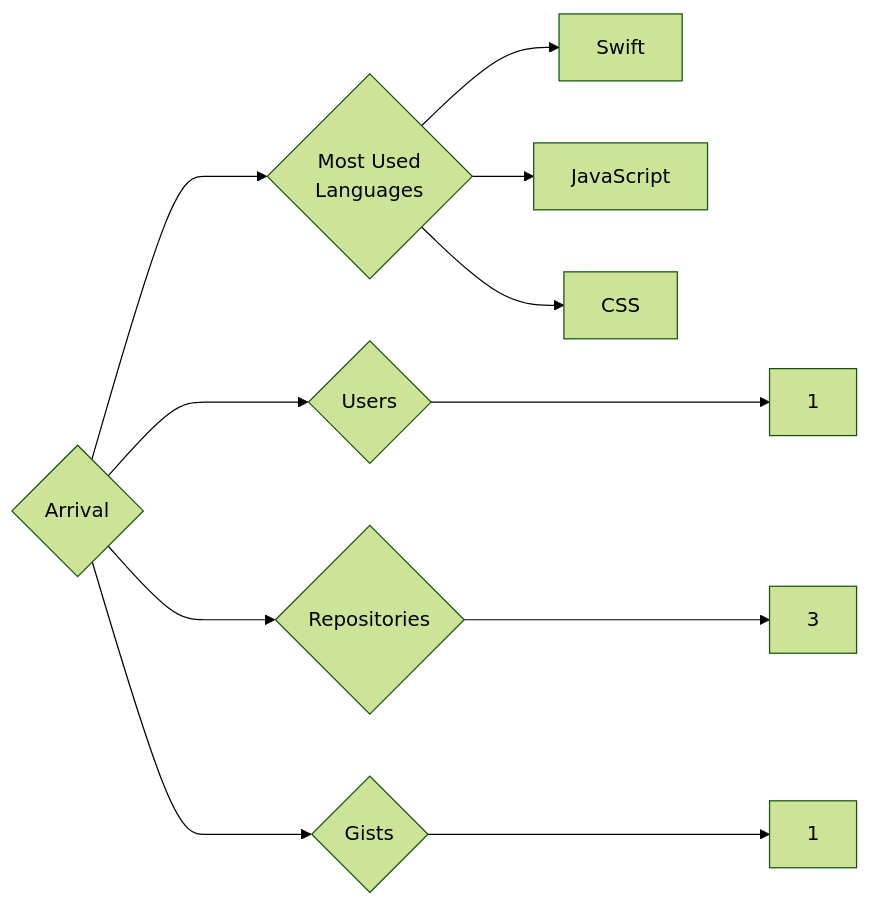
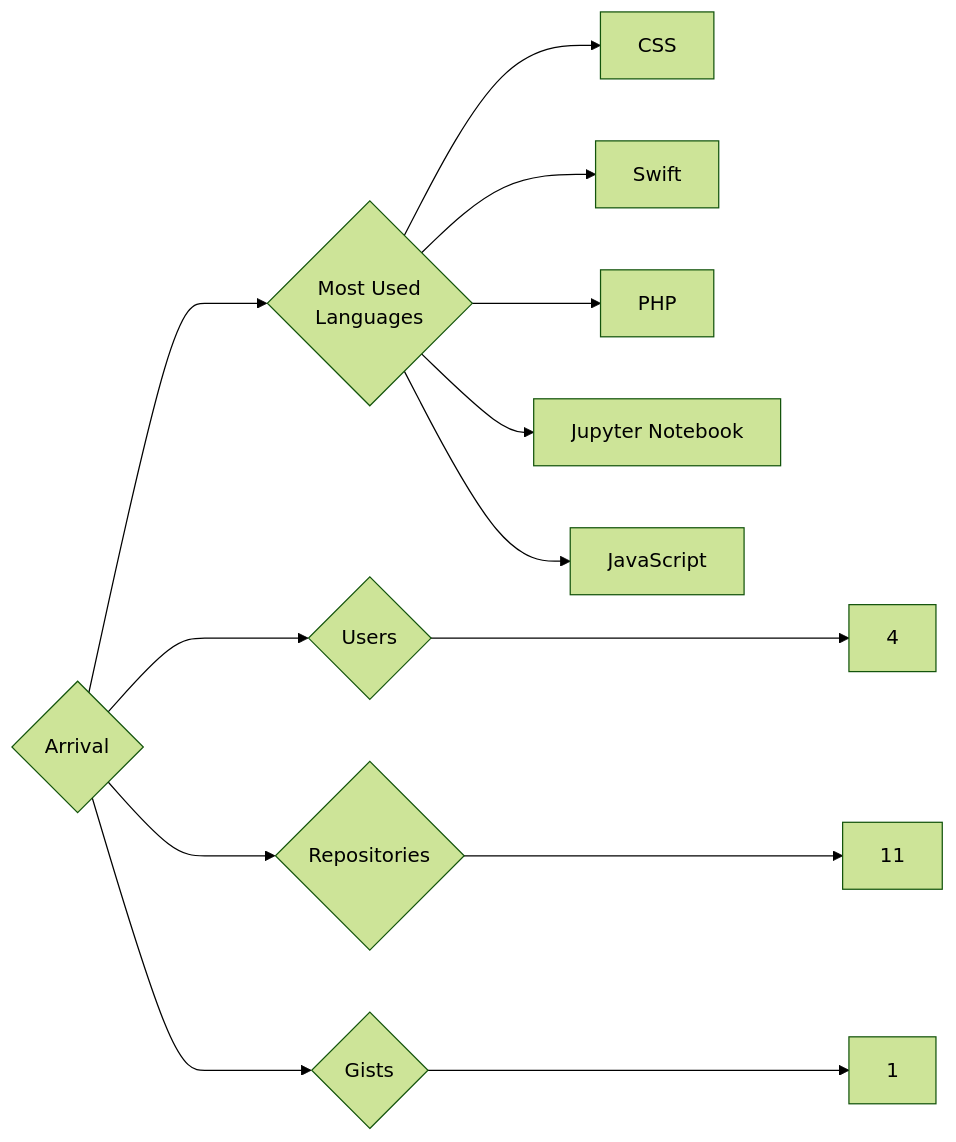
Before and after one commit to trickest/insiders: the diagram in targets/Arrival/README.md, drawn with Mermaid (forest theme). The commit also changed 895 other files, not shown here.

````diff
--- a/targets/Arrival/README.md
+++ b/targets/Arrival/README.md
@@ -3,11 +3,13 @@
 ```mermaid
 graph LR
 COMPANY_NAME{Arrival}
-COMPANY_NAME ---> U{Users} ---> UN[1]
-COMPANY_NAME ---> R{Repositories} ---> RN[3]
+COMPANY_NAME ---> U{Users} ---> UN[4]
+COMPANY_NAME ---> R{Repositories} ---> RN[11]
 COMPANY_NAME ---> G{Gists} ---> GN[1]
 COMPANY_NAME ---> ML{Most Used<br>Languages}
+ML --> CSS[CSS]
 ML --> Swift[Swift]
+ML --> PHP[PHP]
+ML --> Jupyter_Notebook[Jupyter Notebook]
 ML --> JavaScript[JavaScript]
-ML --> CSS[CSS]
 ```
````
